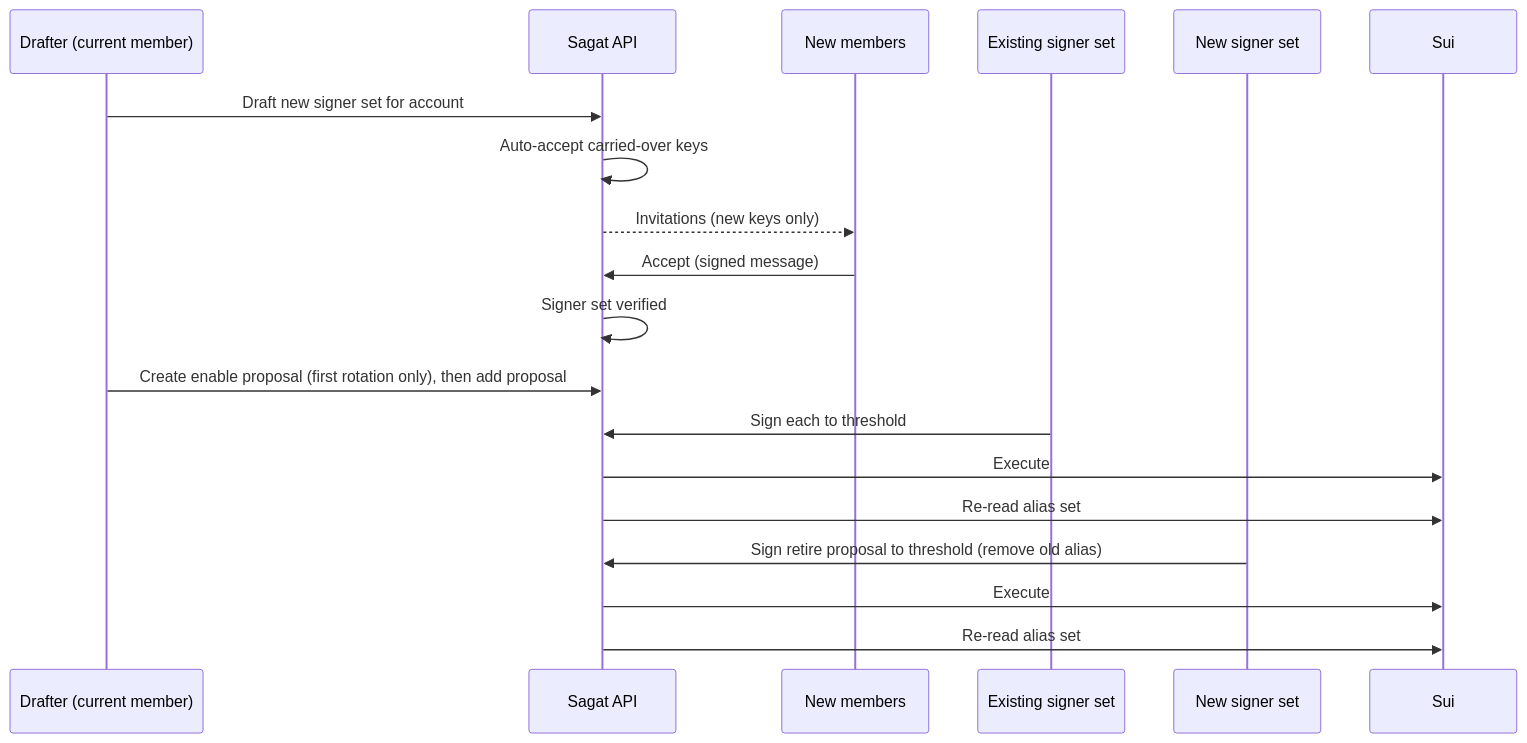
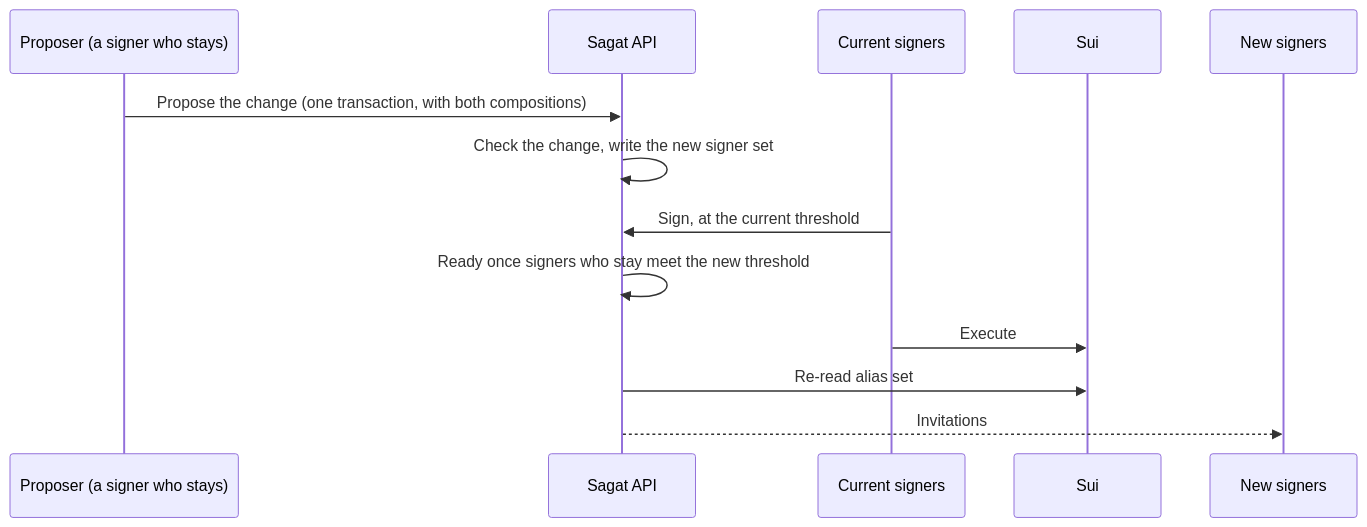
The diagram in design/account-rotation.md (MystenLabs/sagat), drawn with Mermaid before and after one commit. The commit also changed other lines of this file and 1 other file, not shown here.

First line of the commit message:
docs: Redo the account rotation design around one signer change proposal

````diff
--- a/design/account-rotation.md
+++ b/design/account-rotation.md
@@ -165,22 +155,16 @@
 ```mermaid
 sequenceDiagram
-    participant D as Drafter (current member)
-    participant S as Sagat API
-    participant N as New members
-    participant O as Existing signer set
-    participant W as New signer set
+    participant P as Proposer (a signer who stays)
+    participant A as Sagat API
+    participant O as Current signers
     participant C as Sui
+    participant N as New signers
 
-    D->>S: Draft new signer set for account
-    S->>S: Auto-accept carried-over keys
-    S-->>N: Invitations (new keys only)
-    N->>S: Accept (signed message)
-    S->>S: Signer set verified
-    D->>S: Create enable proposal (first rotation only), then add proposal
-    O->>S: Sign each to threshold
-    S->>C: Execute
-    S->>C: Re-read alias set
-    W->>S: Sign retire proposal to threshold (remove old alias)
-    S->>C: Execute
-    S->>C: Re-read alias set
+    P->>A: Propose the change (one transaction, with both compositions)
+    A->>A: Check the change, write the new signer set
+    O->>A: Sign, at the current threshold
+    A->>A: Ready once signers who stay meet the new threshold
+    O->>C: Execute
+    A->>C: Re-read alias set
+    A-->>N: Invitations
 ```
````
